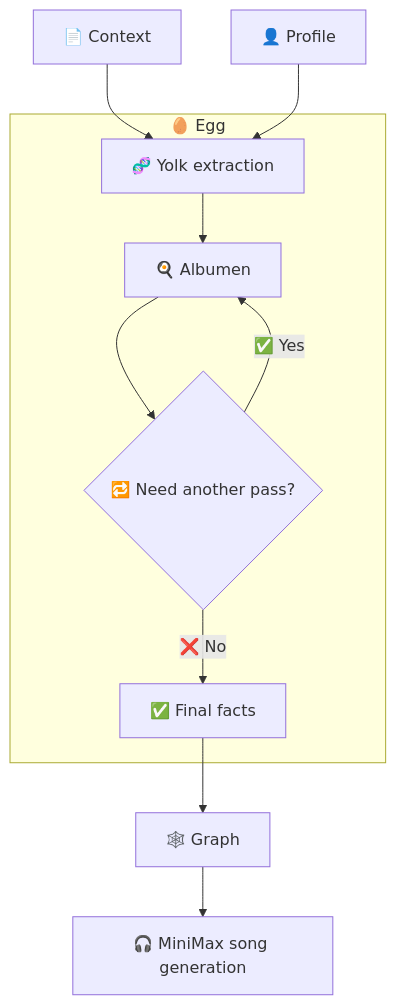
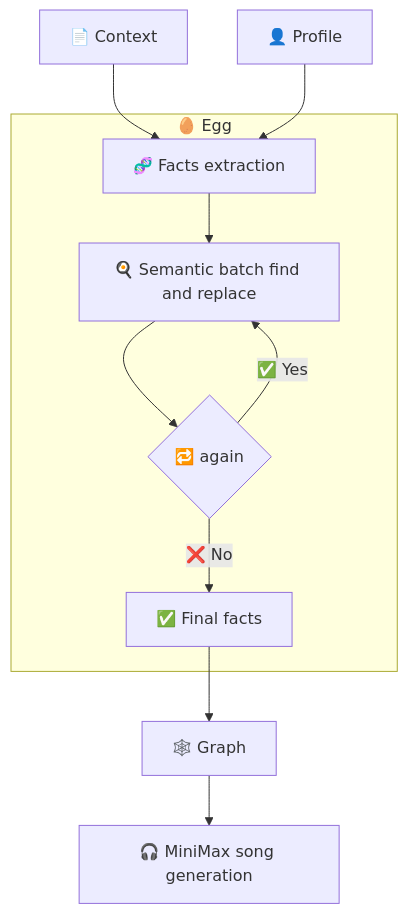
One commit to kirilligum/lyrebird-awsloft-hack260220 changed the first of 2 diagrams in README.md. Above: the diagram before and after it, drawn with Mermaid. The commit also changed 14 other files, not shown here.

````diff
--- a/README.md
+++ b/README.md
@@ -22,21 +22,21 @@
 ```mermaid
 flowchart TD
   C[📄 Context]
   P[👤 Profile]
 
   subgraph Egg["🥚 Egg"]
-    Y[🧬 Yolk extraction]
-    A[🍳 Albumen]
-    R{🔁 Need another pass?}
+    Y[🧬 Facts extraction]
+    A[🍳 Semantic batch find and replace]
+    R{🔁 again}
     F["✅ Final facts"]
   end
 
   C --> Y
   P --> Y
   Y --> A
   A --> R
   R -->|✅ Yes| A
   R -->|❌ No| F
   F --> G[🕸️ Graph]
   G --> M[🎧 MiniMax song generation]
 ```
````
